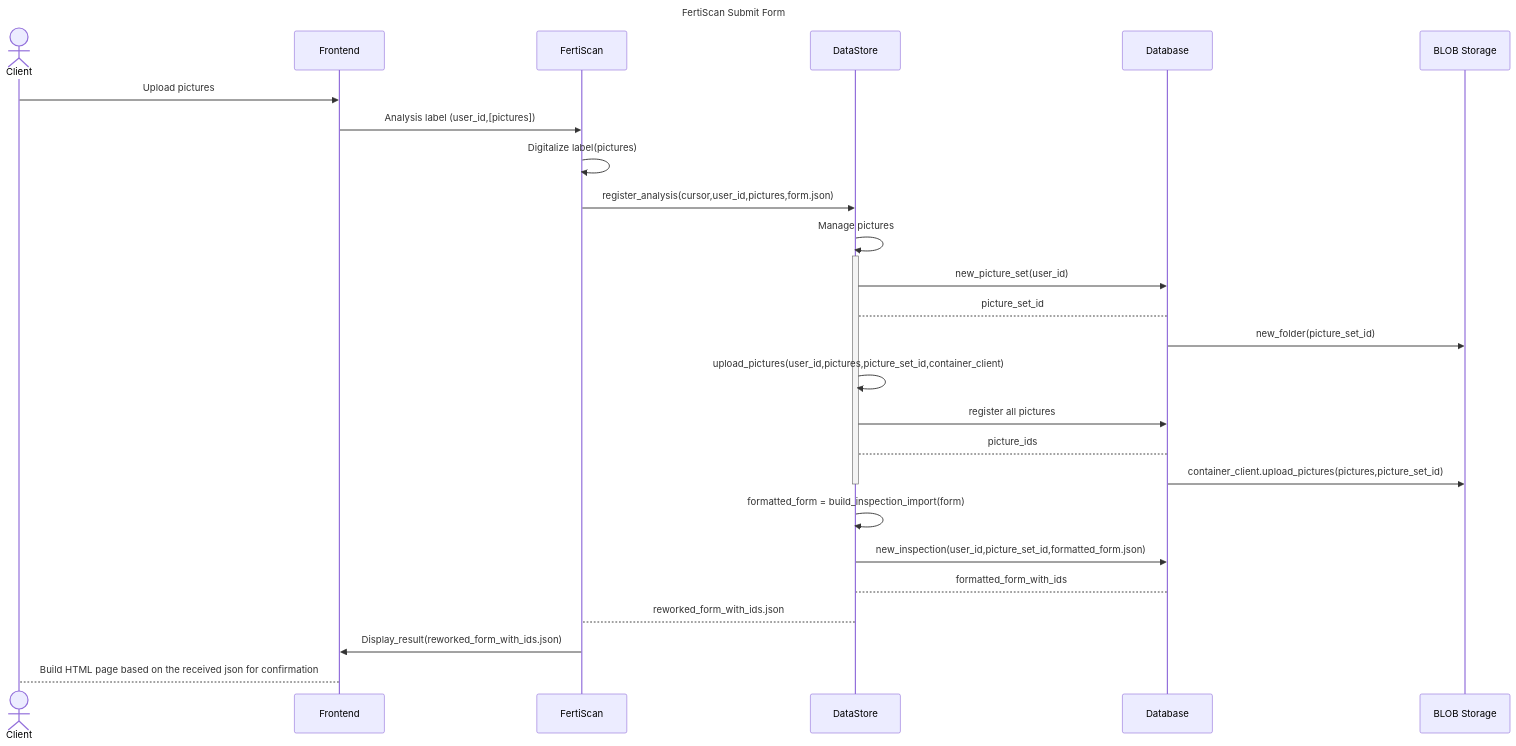
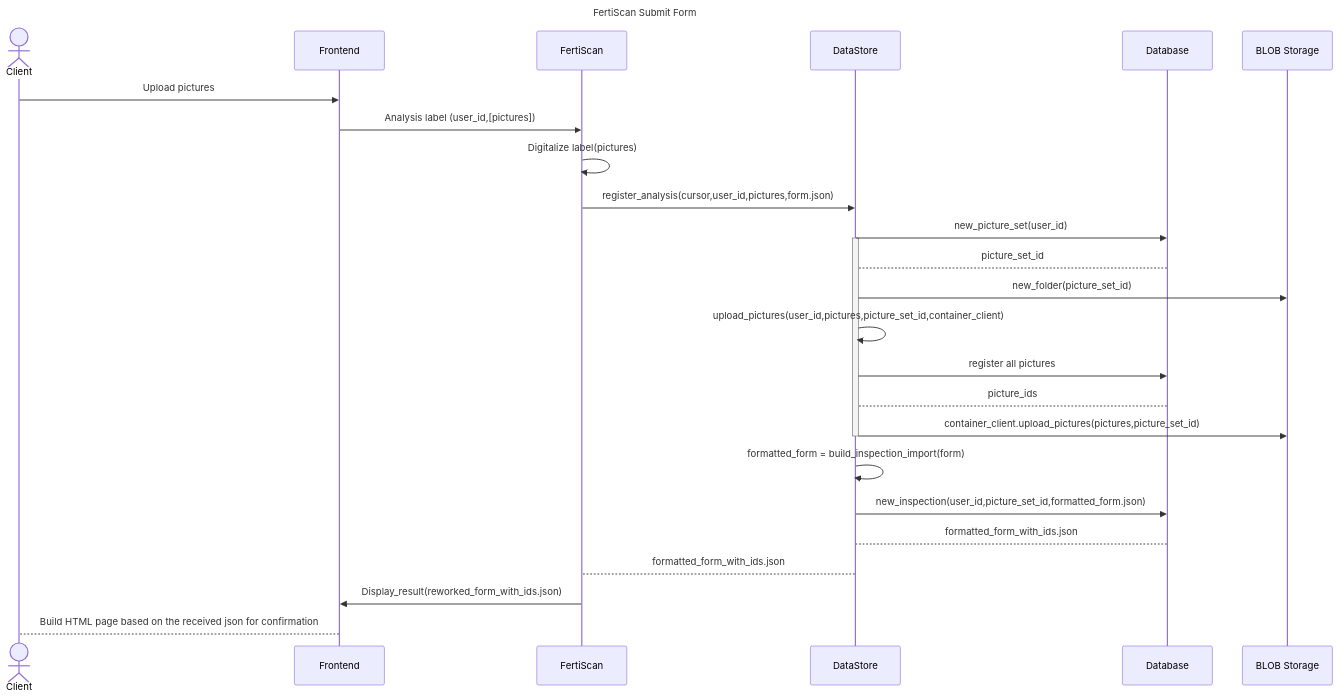
One commit to ai-cfia/ailab-datastore changed the second of 2 diagrams in doc/fertiscan/new-inspection.md. Above: the diagram before and after it, drawn with Mermaid.

Commit message:
issue #77: fix typo doc

````diff
--- a/doc/fertiscan/new-inspection.md
+++ b/doc/fertiscan/new-inspection.md
@@ -166,33 +166,33 @@
 ```mermaid
 sequenceDiagram
     title FertiScan Submit Form
     actor C as Client
     participant FE as Frontend
     participant BE as FertiScan
     participant DS as DataStore
     participant DB as Database
     participant blob as BLOB Storage
 
     C ->> FE: Upload pictures
     FE ->> BE: Analysis label (user_id,[pictures])
     BE ->> BE: Digitalize label(pictures)
     BE ->> DS: register_analysis(cursor,user_id,pictures,form.json)
-    DS ->> DS: Manage pictures
+    
+    DS ->> DB: new_picture_set(user_id)
     activate DS
-    DS ->> DB: new_picture_set(user_id)
     DB --> DS: picture_set_id
-    DB ->>blob: new_folder(picture_set_id)
+    DS ->>blob: new_folder(picture_set_id)
     DS ->> DS: upload_pictures(user_id,pictures,picture_set_id,container_client)
     DS ->> DB: register all pictures
     DB --> DS: picture_ids
-    DB ->> blob: container_client.upload_pictures(pictures,picture_set_id)
+    DS ->> blob: container_client.upload_pictures(pictures,picture_set_id)
     deactivate DS
     DS ->> DS: formatted_form = build_inspection_import(form)
     DS ->> DB: new_inspection(user_id,picture_set_id,formatted_form.json)
-    DB --> DS: formatted_form_with_ids
+    DB --> DS: formatted_form_with_ids.json
 
-    DS --> BE: reworked_form_with_ids.json
+    DS --> BE: formatted_form_with_ids.json
     BE ->> FE: Display_result(reworked_form_with_ids.json)
     FE --> C: Build HTML page based on the received json for confirmation
 
 ```
````
